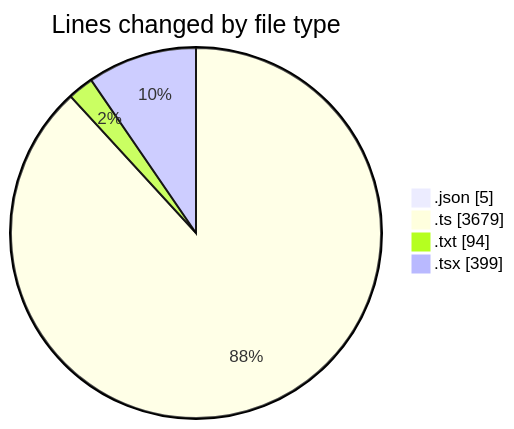
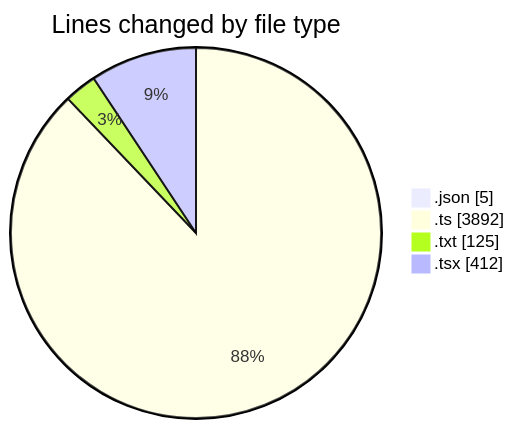
The first of 2 diagrams in 2025-05-27/ecodeli-1/README.md (CELIANVF/code-tracking), drawn with Mermaid before and after one commit. The commit also changed other lines of this file and 1 other file, not shown here.

````diff
--- a/2025-05-27/ecodeli-1/README.md
+++ b/2025-05-27/ecodeli-1/README.md
@@ -26,8 +27,8 @@
 ```mermaid
 pie showData
 title Lines changed by file type
 ".json" : 5
-".ts" : 3679
-".txt" : 94
-".tsx" : 399
+".ts" : 3892
+".txt" : 125
+".tsx" : 412
 ```
````
